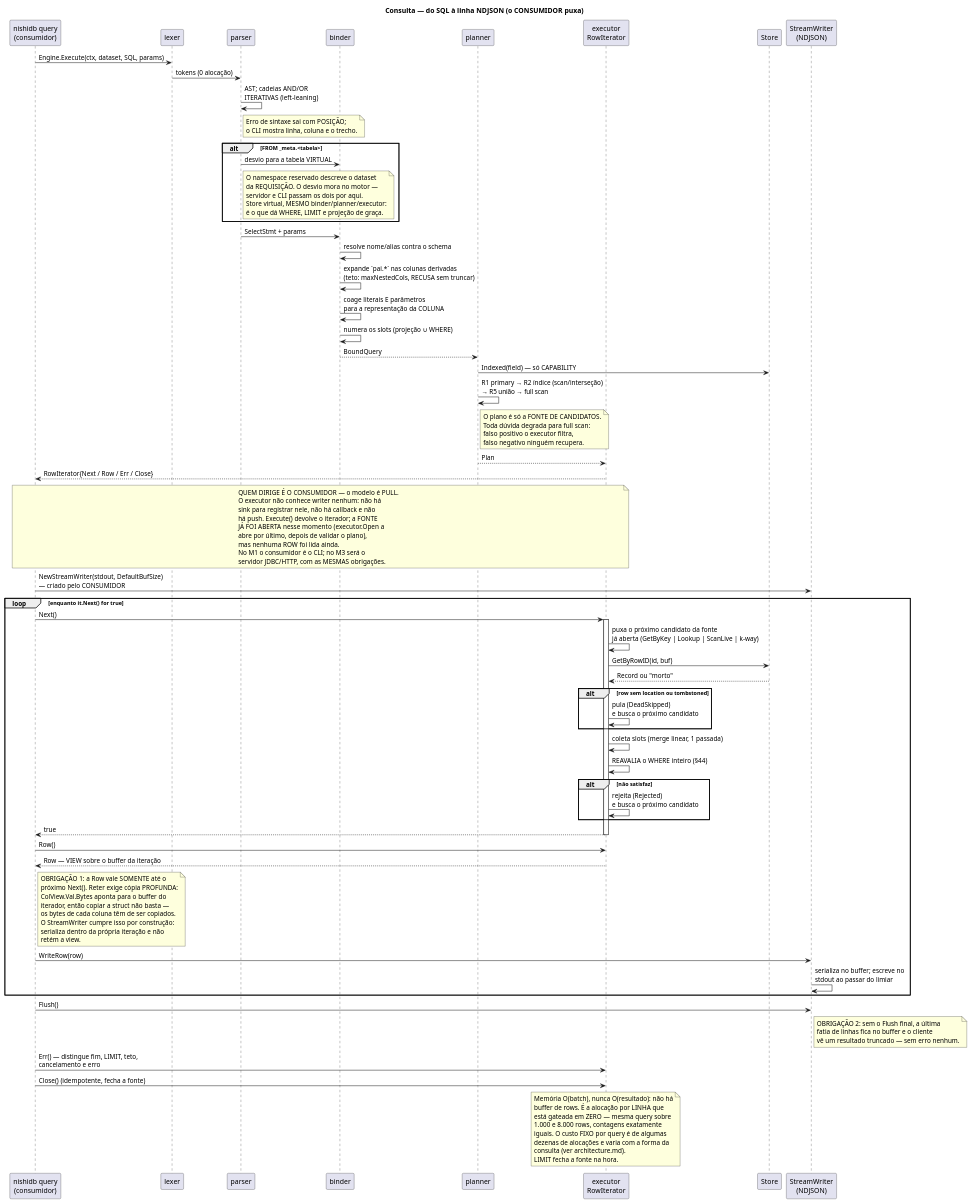
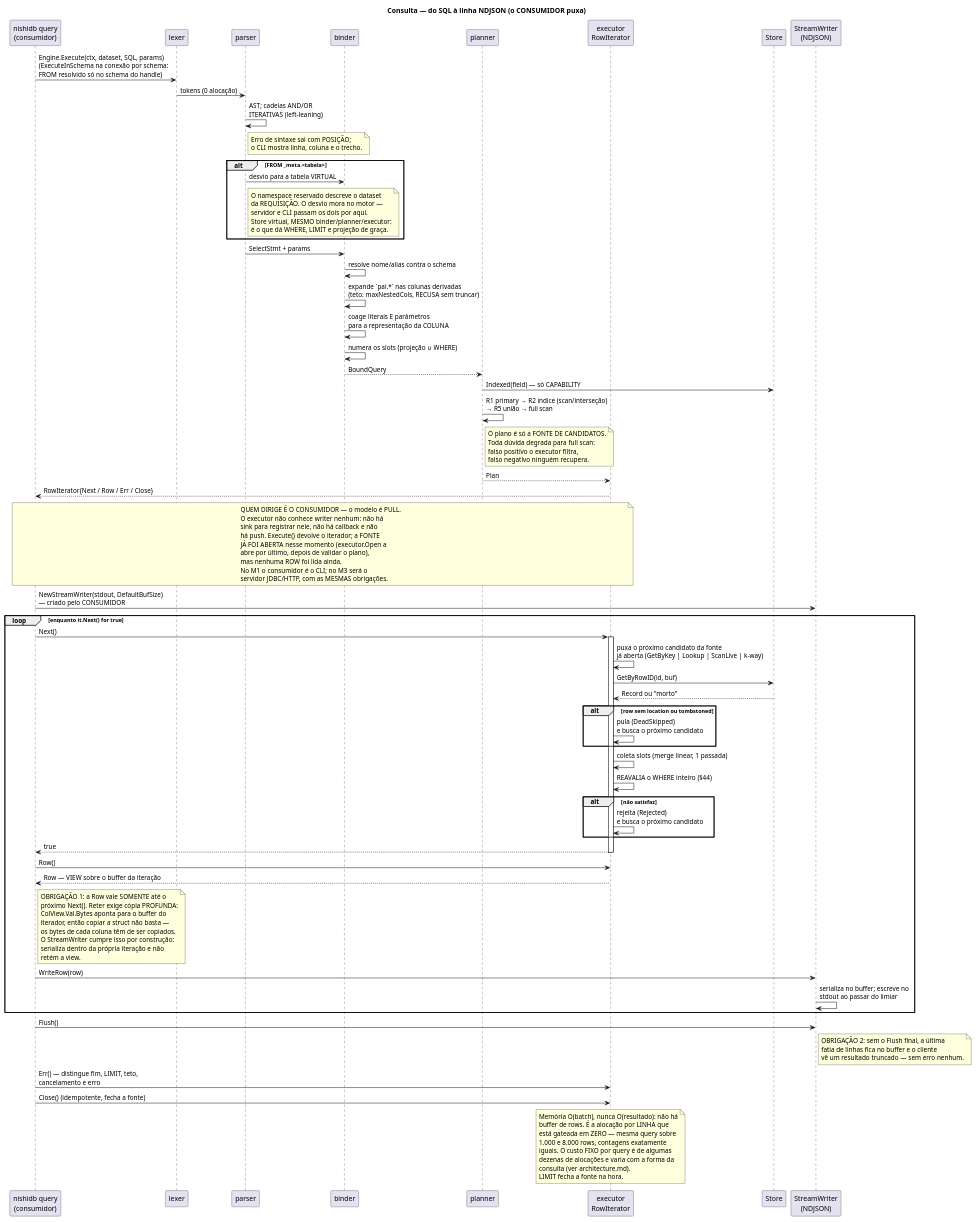
The diagram in docs/diagrams/query_flow.puml (nishisan-dev/nishidb), drawn with PlantUML before and after one commit. The commit also changed 51 other files, not shown here.

```diff
--- a/docs/diagrams/query_flow.puml
+++ b/docs/diagrams/query_flow.puml
@@ -1,117 +1,117 @@
 @startuml query_flow
 title Consulta — do SQL à linha NDJSON (o CONSUMIDOR puxa)
 
 participant "nishidb query\n(consumidor)" as cli
 participant "lexer" as lex
 participant "parser" as par
 participant "binder" as bnd
 participant "planner" as pln
 participant "executor\nRowIterator" as exe
 participant "Store" as st
 participant "StreamWriter\n(NDJSON)" as w
 
-cli -> lex : Engine.Execute(ctx, dataset, SQL, params)
+cli -> lex : Engine.Execute(ctx, dataset, SQL, params)\n(ExecuteInSchema na conexão por schema:\nFROM resolvido só no schema do handle)
 lex -> par : tokens (0 alocação)
 par -> par : AST; cadeias AND/OR\nITERATIVAS (left-leaning)
 note right of par
   Erro de sintaxe sai com POSIÇÃO;
   o CLI mostra linha, coluna e o trecho.
 end note
 
 alt FROM _meta.<tabela>
   par -> bnd : desvio para a tabela VIRTUAL
   note right of par
     O namespace reservado descreve o dataset
     da REQUISIÇÃO. O desvio mora no motor —
     servidor e CLI passam os dois por aqui.
     Store virtual, MESMO binder/planner/executor:
     é o que dá WHERE, LIMIT e projeção de graça.
   end note
 end
 
 par -> bnd : SelectStmt + params
 bnd -> bnd : resolve nome/alias contra o schema
 bnd -> bnd : expande `pai.*` nas colunas derivadas\n(teto: maxNestedCols, RECUSA sem truncar)
 bnd -> bnd : coage literais E parâmetros\npara a representação da COLUNA
 bnd -> bnd : numera os slots (projeção ∪ WHERE)
 bnd --> pln : BoundQuery
 
 pln -> st : Indexed(field) — só CAPABILITY
 pln -> pln : R1 primary → R2 índice (scan/interseção)\n→ R5 união → full scan
 note right of pln
   O plano é só a FONTE DE CANDIDATOS.
   Toda dúvida degrada para full scan:
   falso positivo o executor filtra,
   falso negativo ninguém recupera.
 end note
 pln --> exe : Plan
 
 exe --> cli : RowIterator{Next / Row / Err / Close}
 note over cli, exe
   QUEM DIRIGE É O CONSUMIDOR — o modelo é PULL.
   O executor não conhece writer nenhum: não há
   sink para registrar nele, não há callback e não
   há push. Execute() devolve o iterador; a FONTE
   JÁ FOI ABERTA nesse momento (executor.Open a
   abre por último, depois de validar o plano),
   mas nenhuma ROW foi lida ainda.
   No M1 o consumidor é o CLI; no M3 será o
   servidor JDBC/HTTP, com as MESMAS obrigações.
 end note
 
 cli -> w : NewStreamWriter(stdout, DefaultBufSize)\n— criado pelo CONSUMIDOR
 
 loop enquanto it.Next() for true
   cli -> exe : Next()
   activate exe
   exe -> exe : puxa o próximo candidato da fonte\njá aberta (GetByKey | Lookup | ScanLive | k-way)
   exe -> st : GetByRowID(id, buf)
   st --> exe : Record ou "morto"
   alt row sem location ou tombstoned
     exe -> exe : pula (DeadSkipped)\ne busca o próximo candidato
   end
   exe -> exe : coleta slots (merge linear, 1 passada)
   exe -> exe : REAVALIA o WHERE inteiro (§44)
   alt não satisfaz
     exe -> exe : rejeita (Rejected)\ne busca o próximo candidato
   end
   exe --> cli : true
   deactivate exe
 
   cli -> exe : Row()
   exe --> cli : Row — VIEW sobre o buffer da iteração
   note right of cli
     OBRIGAÇÃO 1: a Row vale SOMENTE até o
     próximo Next(). Reter exige cópia PROFUNDA:
     ColView.Val.Bytes aponta para o buffer do
     iterador, então copiar a struct não basta —
     os bytes de cada coluna têm de ser copiados.
     O StreamWriter cumpre isso por construção:
     serializa dentro da própria iteração e não
     retém a view.
   end note
   cli -> w : WriteRow(row)
   w -> w : serializa no buffer; escreve no\nstdout ao passar do limiar
 end
 
 cli -> w : Flush()
 note right of w
   OBRIGAÇÃO 2: sem o Flush final, a última
   fatia de linhas fica no buffer e o cliente
   vê um resultado truncado — sem erro nenhum.
 end note
 
 cli -> exe : Err() — distingue fim, LIMIT, teto,\ncancelamento e erro
 cli -> exe : Close() (idempotente, fecha a fonte)
 
 note over exe
   Memória O(batch), nunca O(resultado): não há
   buffer de rows. É a alocação por LINHA que
   está gateada em ZERO — mesma query sobre
   1.000 e 8.000 rows, contagens exatamente
   iguais. O custo FIXO por query é de algumas
   dezenas de alocações e varia com a forma da
   consulta (ver architecture.md).
   LIMIT fecha a fonte na hora.
 end note
 @enduml
```
